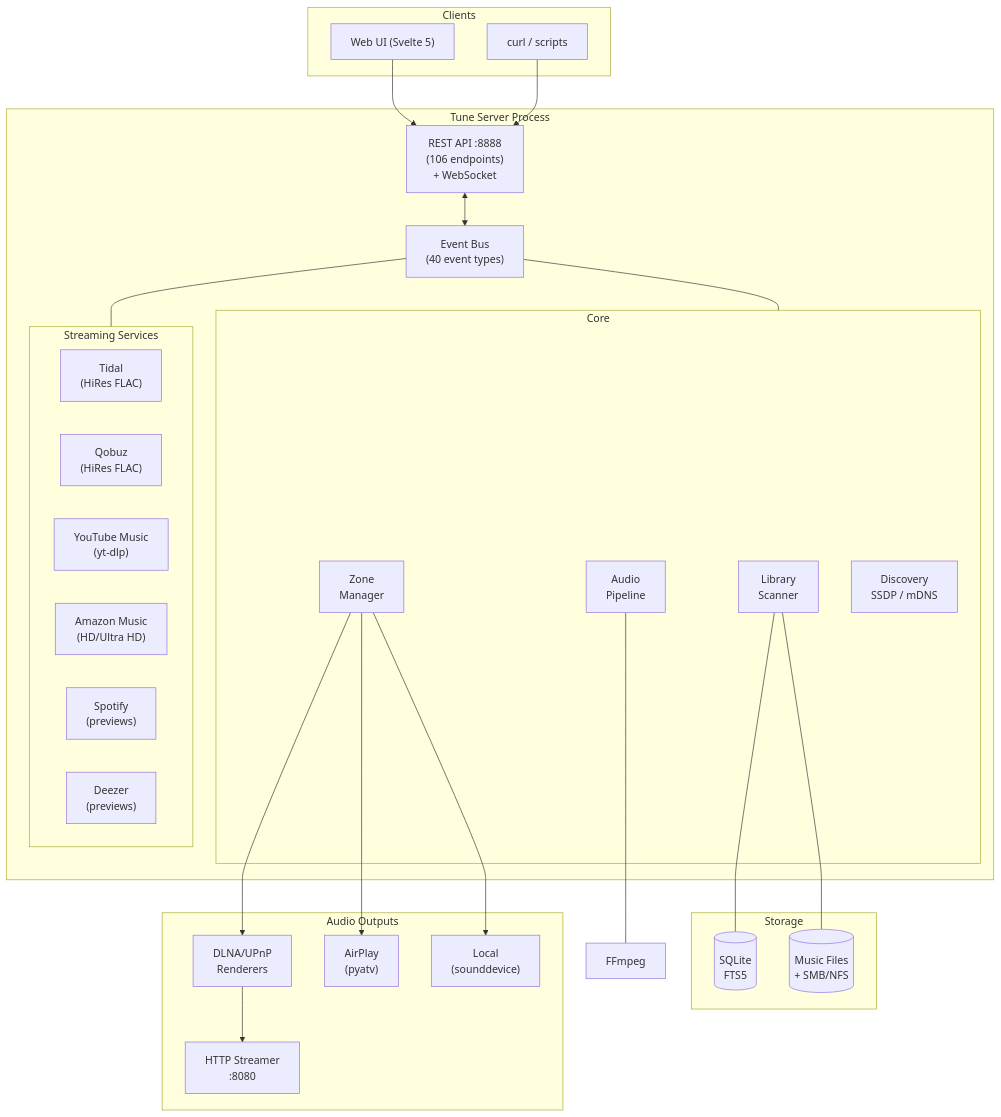
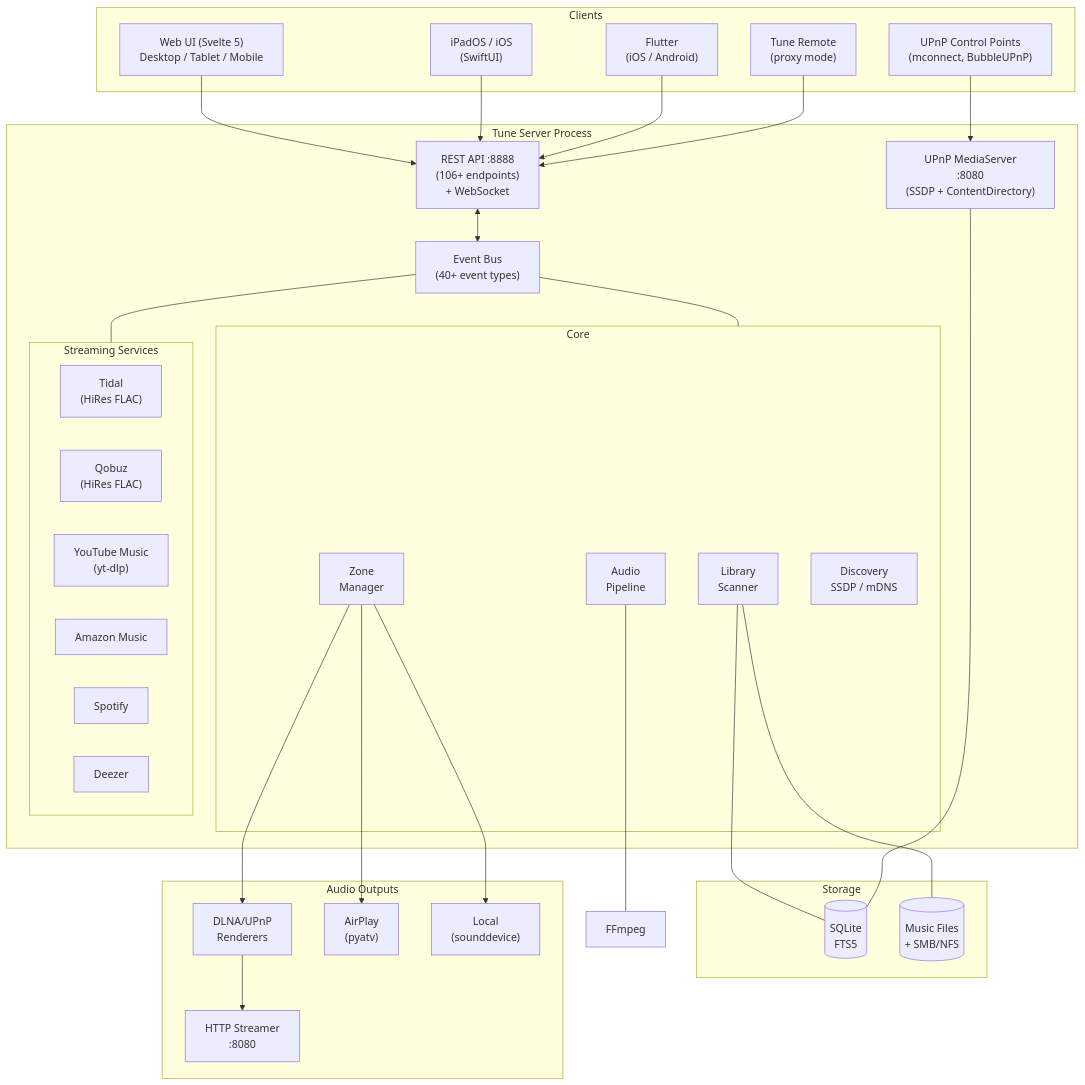
Before and after one commit to renesenses/tune-server-linux: the first of 3 diagrams in README.md, drawn with Mermaid. The commit also changed other lines of this file, not shown here.

First line of the commit message:
docs: README complet — UPnP server, Remote mode, multi-plateforme

````diff
--- a/README.md
+++ b/README.md
@@ -27,49 +43,55 @@
 ```mermaid
 graph TD
     subgraph Clients["Clients"]
-        WEB["Web UI (Svelte 5)"]
-        CLI["curl / scripts"]
+        WEB["Web UI (Svelte 5)<br>Desktop / Tablet / Mobile"]
+        IOS["iPadOS / iOS<br>(SwiftUI)"]
+        FLUTTER["Flutter<br>(iOS / Android)"]
+        UPNP_CLIENT["UPnP Control Points<br>(mconnect, BubbleUPnP)"]
+        REMOTE["Tune Remote<br>(proxy mode)"]
     end
 
     subgraph Server["Tune Server Process"]
-        API["REST API :8888<br>(106 endpoints)<br>+ WebSocket"]
-        BUS["Event Bus<br>(40 event types)"]
+        API["REST API :8888<br>(106+ endpoints)<br>+ WebSocket"]
+        BUS["Event Bus<br>(40+ event types)"]
+        UPNP_SRV["UPnP MediaServer<br>:8080<br>(SSDP + ContentDirectory)"]
 
         subgraph Core
             LIB["Library<br>Scanner"]
             ZONE["Zone<br>Manager"]
             AUDIO["Audio<br>Pipeline"]
             DISC["Discovery<br>SSDP / mDNS"]
         end
 
         subgraph Streaming["Streaming Services"]
             TIDAL["Tidal<br>(HiRes FLAC)"]
             QOBUZ["Qobuz<br>(HiRes FLAC)"]
             YT["YouTube Music<br>(yt-dlp)"]
-            AMZN["Amazon Music<br>(HD/Ultra HD)"]
-            SPOT["Spotify<br>(previews)"]
-            DEEZ["Deezer<br>(previews)"]
+            AMZN["Amazon Music"]
+            SPOT["Spotify"]
+            DEEZ["Deezer"]
         end
     end
 
     subgraph Storage
         DB[("SQLite<br>FTS5")]
         FS[("Music Files<br>+ SMB/NFS")]
     end
 
     subgraph Outputs["Audio Outputs"]
         DLNA["DLNA/UPnP<br>Renderers"]
         AIRPLAY["AirPlay<br>(pyatv)"]
         LOCAL["Local<br>(sounddevice)"]
         HTTP["HTTP Streamer<br>:8080"]
     end
 
-    WEB & CLI --> API
+    WEB & IOS & FLUTTER & REMOTE --> API
+    UPNP_CLIENT --> UPNP_SRV
     API <--> BUS
     BUS --- Core
     BUS --- Streaming
     LIB --- DB & FS
     AUDIO --- FFMPEG["FFmpeg"]
     ZONE --> DLNA & AIRPLAY & LOCAL
     DLNA --> HTTP
+    UPNP_SRV --- DB
 ```
````
